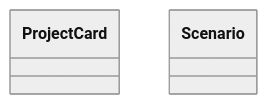
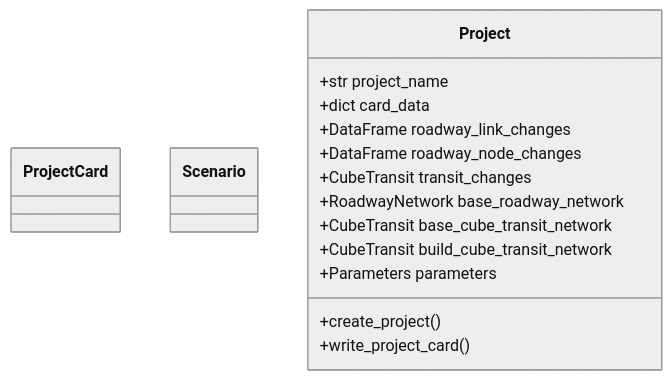
One commit to BayAreaMetro/network_wrangler changed the second of 3 diagrams in architecture.md. Above: the diagram before and after it, drawn with Mermaid (neutral theme).

````diff
--- a/architecture.md
+++ b/architecture.md
@@ -71,10 +71,25 @@
 ```mermaid
 classDiagram 
   class ProjectCard {
   }
   link ProjectCard "https://bayareametro.github.io/network_wrangler/_generated/network_wrangler.ProjectCard/" "network_wrangler.ProjectCard"
   
   class Scenario {
   }
   link Scenario "https://bayareametro.github.io/network_wrangler/_generated/network_wrangler.Scenario/" "network_wrangler.Scenario"
+  
+  class Project {
+    +str project_name
+    +dict card_data
+    +DataFrame roadway_link_changes
+    +DataFrame roadway_node_changes
+    +CubeTransit transit_changes
+    +RoadwayNetwork base_roadway_network
+    +CubeTransit base_cube_transit_network
+    +CubeTransit build_cube_transit_network
+    +Parameters parameters
+    +create_project()
+    +write_project_card()
+  }
+  link Project "https://bayareametro.github.io/Lasso/_generated/lasso.Project/" "lasso.Project"
 ```
````
